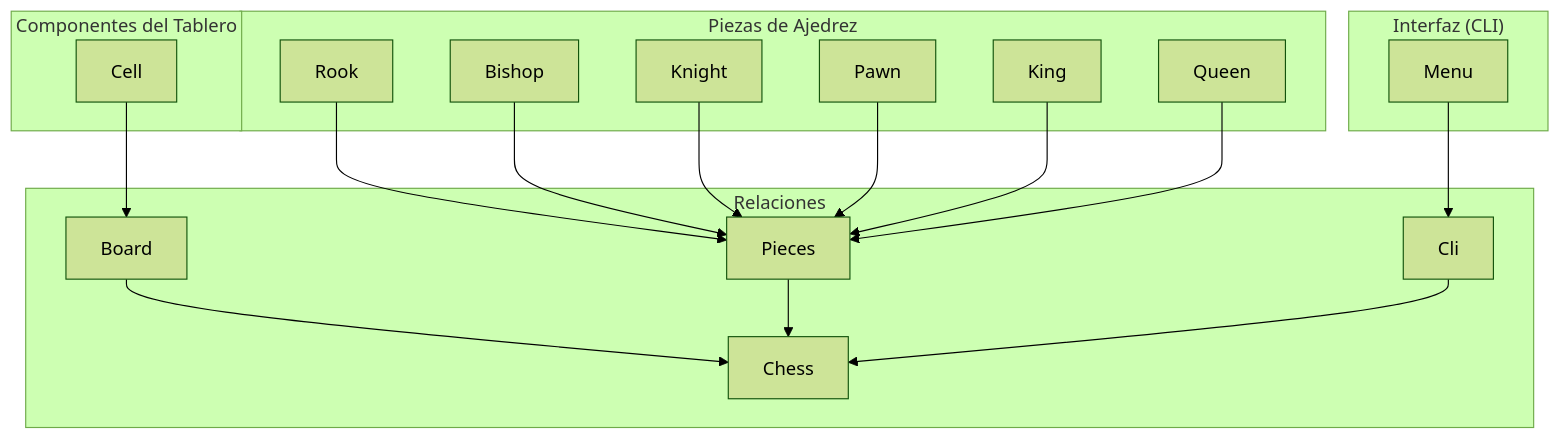
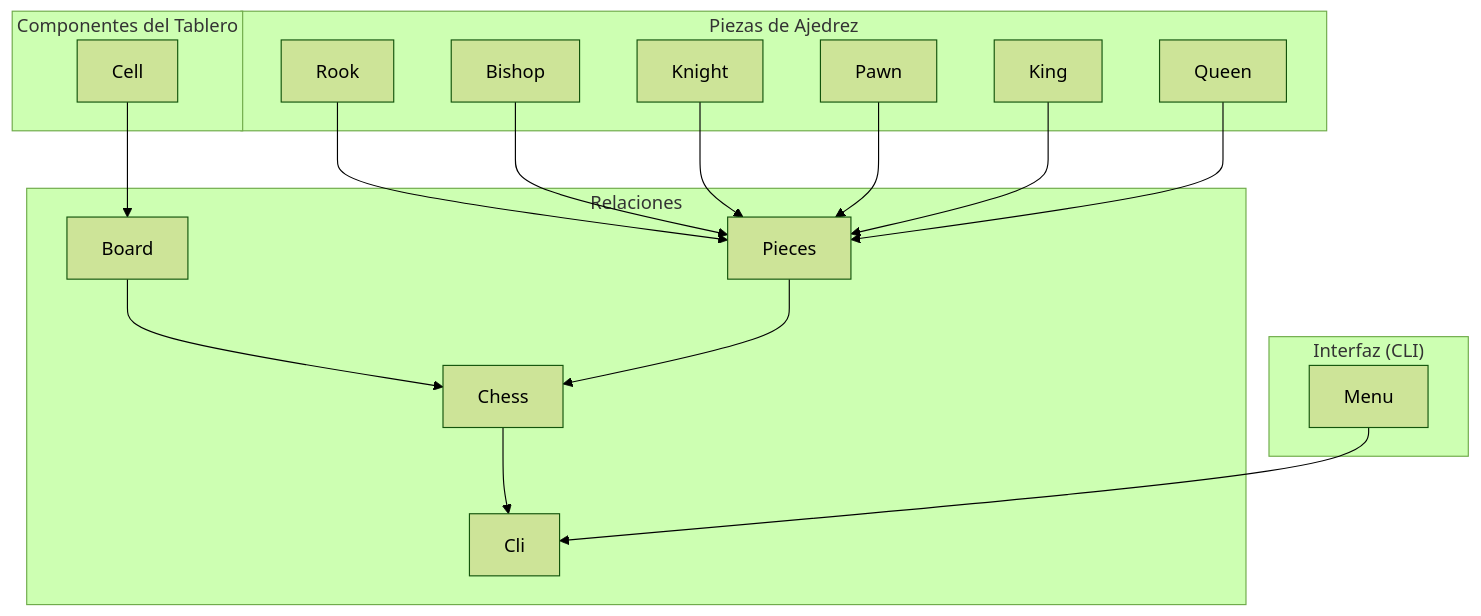
The diagram in README.md (um-computacion-tm/ajedrez-2024-AugustoGiuffrida), drawn with Mermaid (forest theme) before and after one commit. The commit also changed other lines of this file, not shown here.

````diff
--- a/README.md
+++ b/README.md
@@ -62,26 +83,26 @@
 ```mermaid
 graph TD;
 
     subgraph "Relaciones"
         Board --> Chess 
         Pieces --> Chess
-        Cli --> Chess
+        Chess --> Cli
     end
 
     subgraph "Interfaz (CLI)"
         Menu --> Cli
     end
 
     subgraph "Componentes del Tablero"
         Cell --> Board
     end
 
     subgraph "Piezas de Ajedrez"
         Rook   --> Pieces
         Bishop --> Pieces  
         Knight --> Pieces
         Pawn --> Pieces
         King --> Pieces
         Queen --> Pieces
     end
 ```
````
